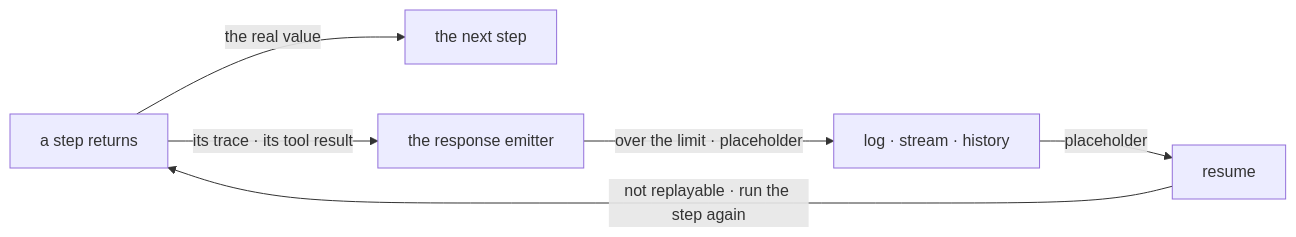
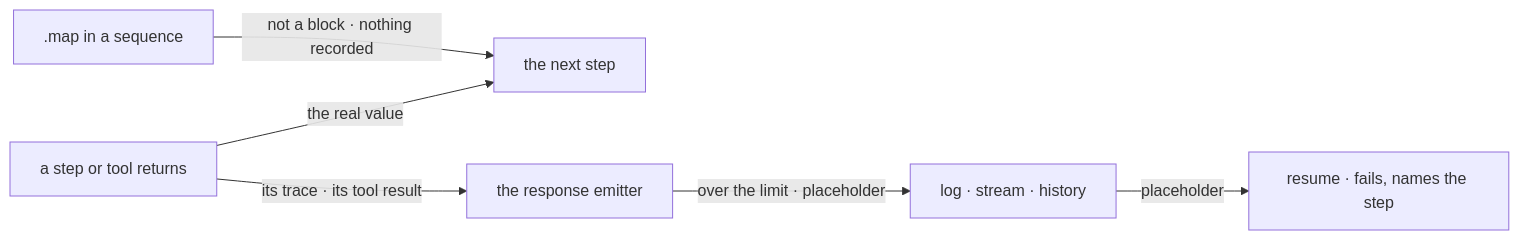
Before and after one commit to fixpoint-labs/flow-state-dev: the second of 2 diagrams in specs/issues/FIX-1772/SPEC.md, drawn with Mermaid. The commit also changed other lines of this file and 11 other files, not shown here.

````diff
--- a/specs/issues/FIX-1772/SPEC.md
+++ b/specs/issues/FIX-1772/SPEC.md
@@ -79,8 +83,8 @@
 ```mermaid
 flowchart LR
-  H["a step returns"] -->|"the real value"| N["the next step"]
+  H["a step or tool returns"] -->|"the real value"| N["the next step"]
+  M[".map in a sequence"] -->|"not a block · nothing recorded"| N
   H -->|"its trace · its tool result"| E["the response emitter"]
   E -->|"over the limit · placeholder"| L["log · stream · history"]
-  L -->|"placeholder"| R["resume"]
-  R -->|"not replayable · run the step again"| H
+  L -->|"placeholder"| R["resume · fails, names the step"]
 ```
````
